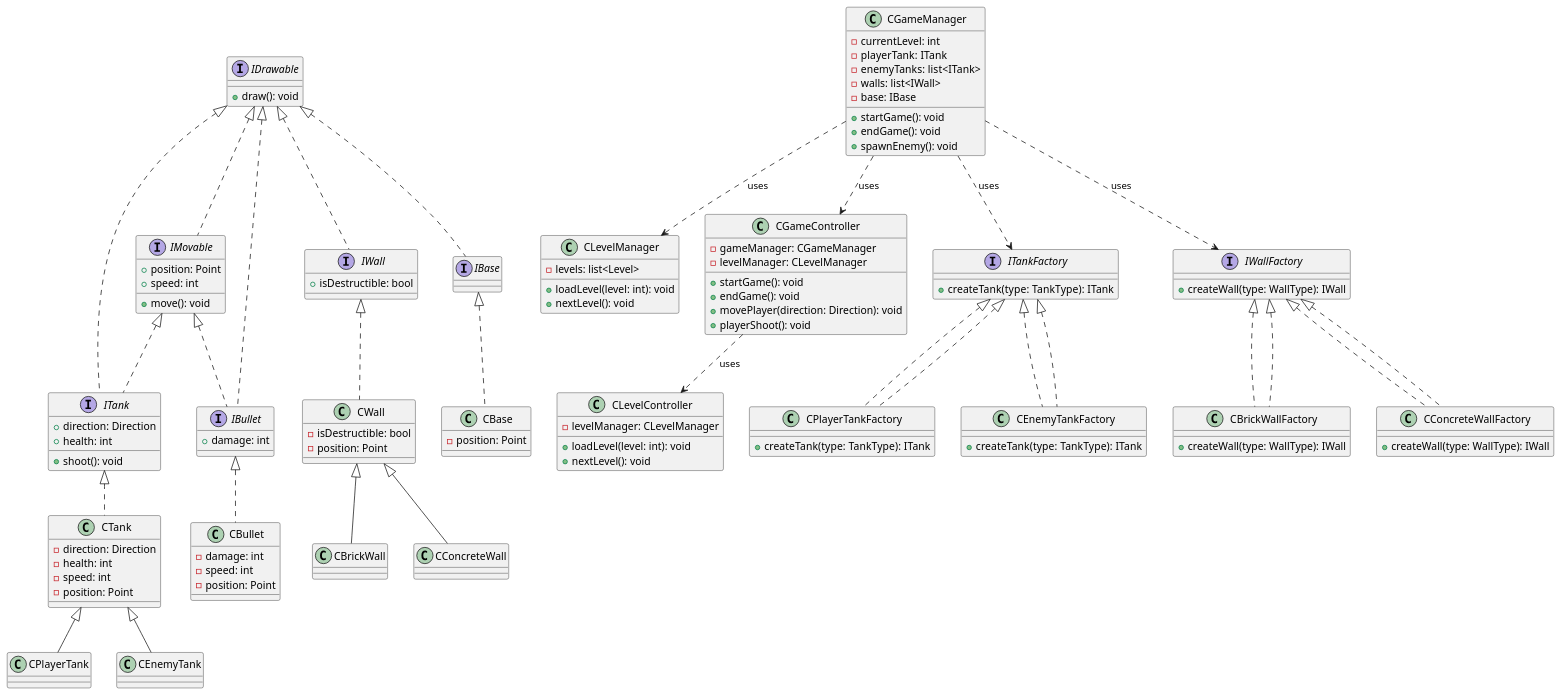
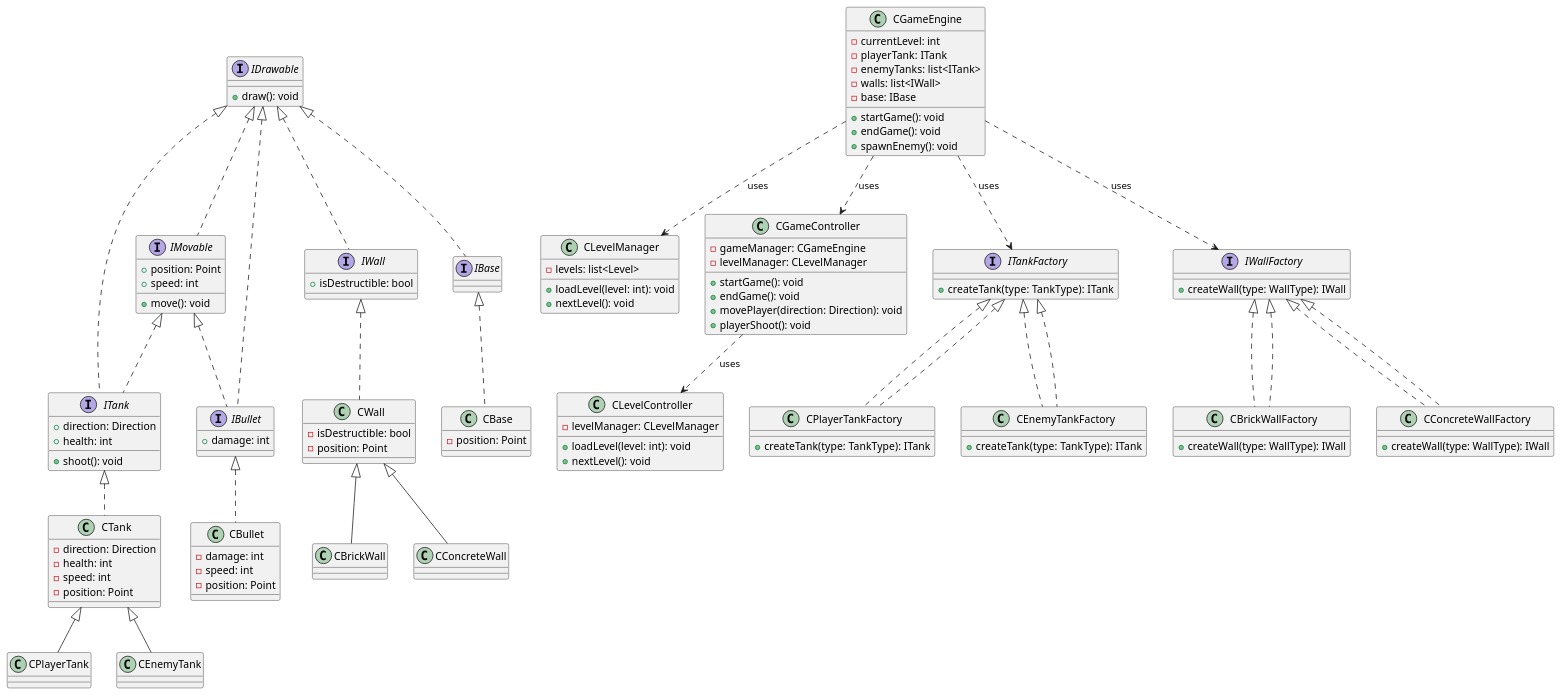
One commit to zabila/Tanks changed the diagram in diagrams/game_diagram.puml. Above: the diagram before and after it, drawn with PlantUML. The commit also changed 10 other files, not shown here.

Commit message:
Rename CGameManager.h to CGameEngine.h

```diff
--- a/diagrams/game_diagram.puml
+++ b/diagrams/game_diagram.puml
@@ -1,151 +1,151 @@
 @startuml
 interface IDrawable {
   +draw(): void
 }
 
 interface IMovable {
   +position: Point
   +speed: int
   +move(): void
 }
 
 interface ITank {
   +direction: Direction
   +health: int
   +shoot(): void
 }
 
 interface IBullet {
   +damage: int
 }
 
 interface IWall {
   +isDestructible: bool
 }
 
 interface IBase {
 }
 
 class CTank {
   -direction: Direction
   -health: int
   -speed: int
   -position: Point
 }
 
 class CBullet {
   -damage: int
   -speed: int
   -position: Point
 }
 
 class CWall {
   -isDestructible: bool
   -position: Point
 }
 
 class CBase {
   -position: Point
 }
 
 class CPlayerTank {
 }
 
 class CEnemyTank {
 }
 
 class CBrickWall {
 }
 
 class CConcreteWall {
 }
 
-class CGameManager {
+class CGameEngine {
   -currentLevel: int
   -playerTank: ITank
   -enemyTanks: list<ITank>
   -walls: list<IWall>
   -base: IBase
   +startGame(): void
   +endGame(): void
   +spawnEnemy(): void
 }
 
 class CLevelManager {
   -levels: list<Level>
   +loadLevel(level: int): void
   +nextLevel(): void
 }
 
 class CGameController {
-  -gameManager: CGameManager
+  -gameManager: CGameEngine
   -levelManager: CLevelManager
   +startGame(): void
   +endGame(): void
   +movePlayer(direction: Direction): void
   +playerShoot(): void
 }
 
 class CLevelController {
   -levelManager: CLevelManager
   +loadLevel(level: int): void
   +nextLevel(): void
 }
 
 interface ITankFactory {
   +createTank(type: TankType): ITank
 }
 
 class CPlayerTankFactory implements ITankFactory {
   +createTank(type: TankType): ITank
 }
 
 class CEnemyTankFactory implements ITankFactory {
   +createTank(type: TankType): ITank
 }
 
 interface IWallFactory {
   +createWall(type: WallType): IWall
 }
 
 class CBrickWallFactory implements IWallFactory {
   +createWall(type: WallType): IWall
 }
 
 class CConcreteWallFactory implements IWallFactory {
   +createWall(type: WallType): IWall
 }
 
 IDrawable <|.. IMovable
 IDrawable <|.. ITank
 IDrawable <|.. IBullet
 IDrawable <|.. IWall
 IDrawable <|.. IBase
 
 IMovable <|.. ITank
 IMovable <|.. IBullet
 
 ITank <|.. CTank
 IBullet <|.. CBullet
 IWall <|.. CWall
 IBase <|.. CBase
 
 CTank <|-- CPlayerTank
 CTank <|-- CEnemyTank
 
 CWall <|-- CBrickWall
 CWall <|-- CConcreteWall
 
-CGameManager ..> ITankFactory : uses
-CGameManager ..> IWallFactory : uses
-CGameManager ..> CLevelManager : uses
-CGameManager ..> CGameController : uses
+CGameEngine ..> ITankFactory : uses
+CGameEngine ..> IWallFactory : uses
+CGameEngine ..> CLevelManager : uses
+CGameEngine ..> CGameController : uses
 
 CGameController ..> CLevelController : uses
 
 ITankFactory <|.. CPlayerTankFactory
 ITankFactory <|.. CEnemyTankFactory
 
 IWallFactory <|.. CBrickWallFactory
 IWallFactory <|.. CConcreteWallFactory
 @enduml
```
